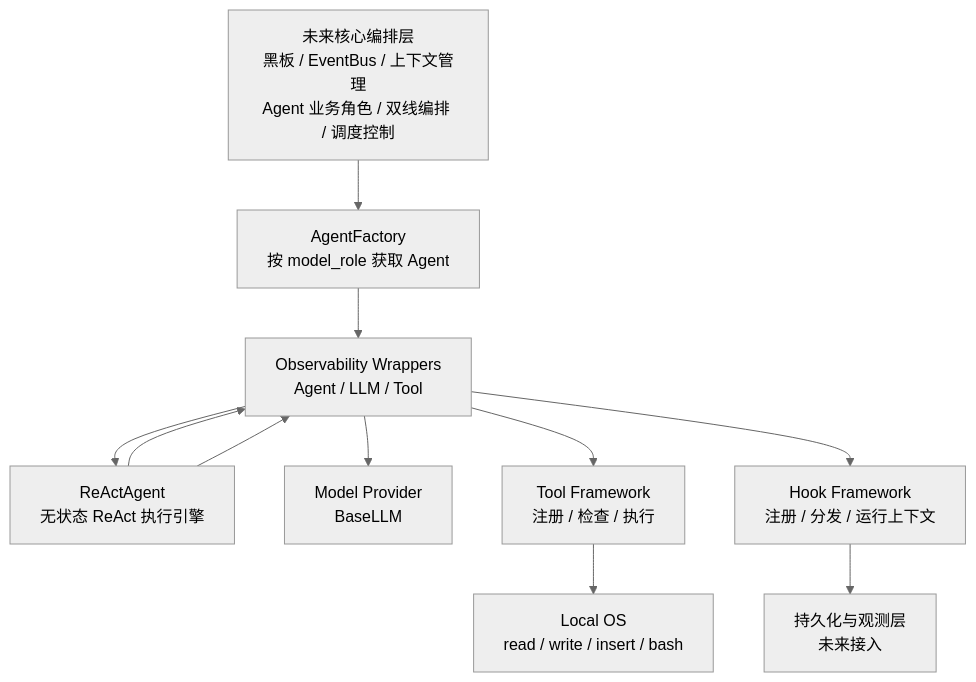
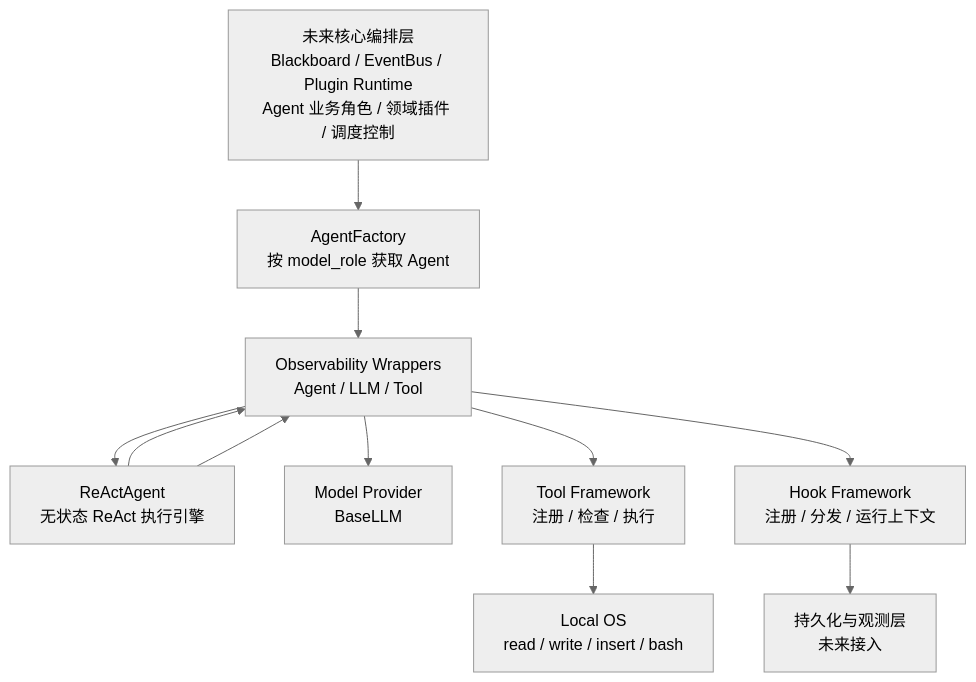
One commit to Removel/Icarus changed the first of 3 diagrams in apps/agent/docs/arch/agent-orchestration-foundation-design.md. Above: the diagram before and after it, drawn with Mermaid (neutral theme). The commit also changed other lines of this file and 3 other files, not shown here.

Commit message:
docs: refine blackboard plugin architecture

````diff
--- a/apps/agent/docs/arch/agent-orchestration-foundation-design.md
+++ b/apps/agent/docs/arch/agent-orchestration-foundation-design.md
@@ -18,23 +18,23 @@
 ```mermaid
 flowchart TB
-    A["未来核心编排层<br/>黑板 / EventBus / 上下文管理<br/>Agent 业务角色 / 双线编排 / 调度控制"]
+    A["未来核心编排层<br/>Blackboard / EventBus / Plugin Runtime<br/>Agent 业务角色 / 领域插件 / 调度控制"]
     B["AgentFactory<br/>按 model_role 获取 Agent"]
     C["ReActAgent<br/>无状态 ReAct 执行引擎"]
     D["Model Provider<br/>BaseLLM"]
     E["Tool Framework<br/>注册 / 检查 / 执行"]
     F["Local OS<br/>read / write / insert / bash"]
     G["Hook Framework<br/>注册 / 分发 / 运行上下文"]
     H["Observability Wrappers<br/>Agent / LLM / Tool"]
     I["持久化与观测层<br/>未来接入"]
 
     A --> B
     B --> H
     H --> C
     C --> H
     H --> D
     C --> H
     H --> E
     E --> F
     H --> G
     G --> I
 ```
````
